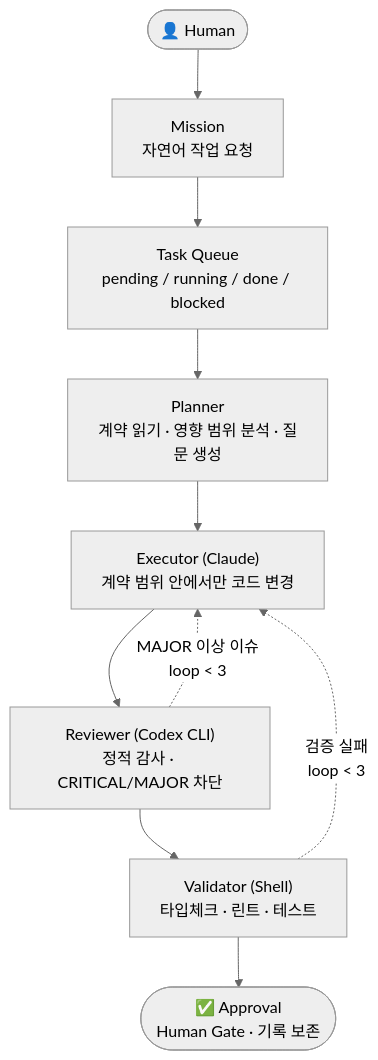
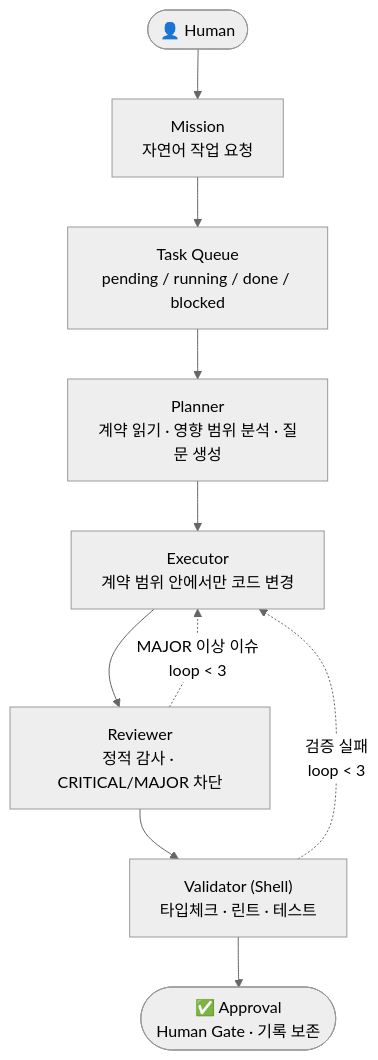
Before and after one commit to codezoy/hchain-public: the diagram in README.md, drawn with Mermaid (neutral theme). The commit also changed other lines of this file and 1 other file, not shown here.

````diff
--- a/README.md
+++ b/README.md
@@ -107,12 +45,12 @@
 ```mermaid
 flowchart TD
     H(["👤 Human"]) --> M["Mission<br/>자연어 작업 요청"]
     M --> Q["Task Queue<br/>pending / running / done / blocked"]
     Q --> P["Planner<br/>계약 읽기 · 영향 범위 분석 · 질문 생성"]
-    P --> E["Executor (Claude)<br/>계약 범위 안에서만 코드 변경"]
-    E --> R["Reviewer (Codex CLI)<br/>정적 감사 · CRITICAL/MAJOR 차단"]
+    P --> E["Executor<br/>계약 범위 안에서만 코드 변경"]
+    E --> R["Reviewer<br/>정적 감사 · CRITICAL/MAJOR 차단"]
     R --> V["Validator (Shell)<br/>타입체크 · 린트 · 테스트"]
     V --> A(["✅ Approval<br/>Human Gate · 기록 보존"])
     R -. "MAJOR 이상 이슈<br/>loop < 3" .-> E
     V -. "검증 실패<br/>loop < 3" .-> E
 ```
````
